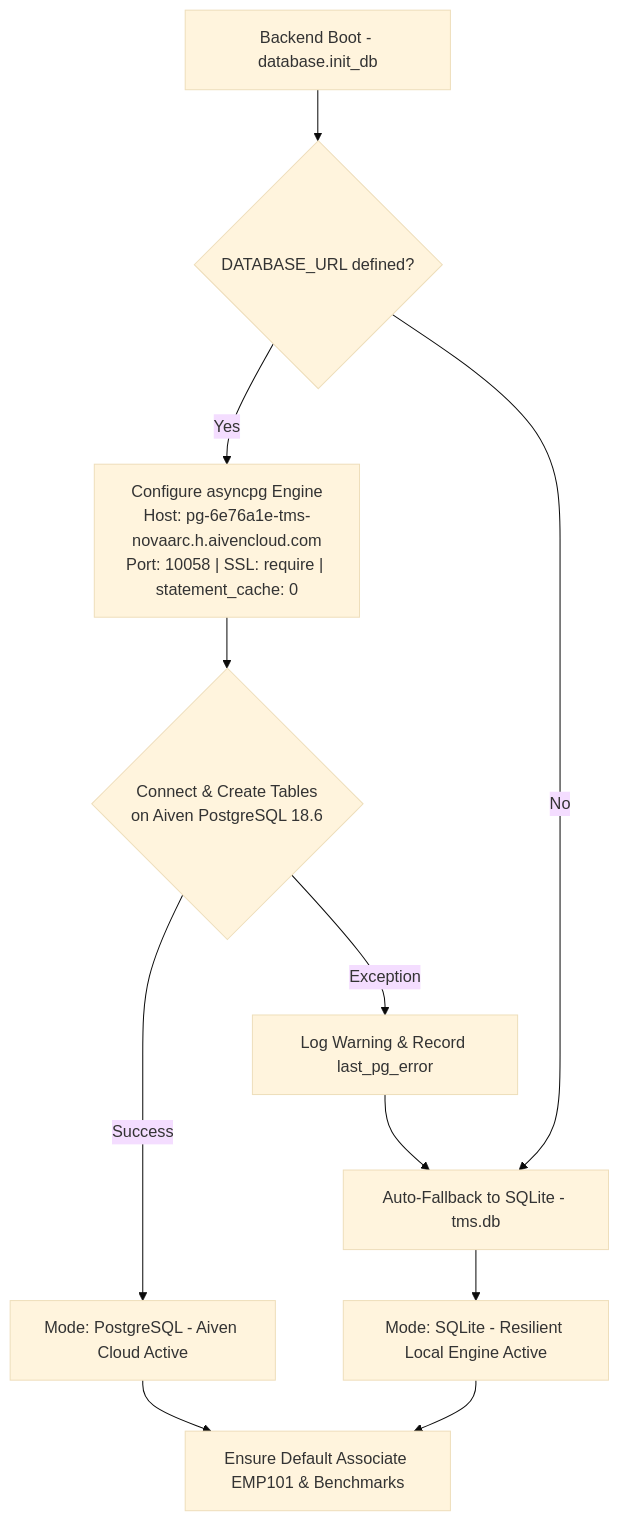
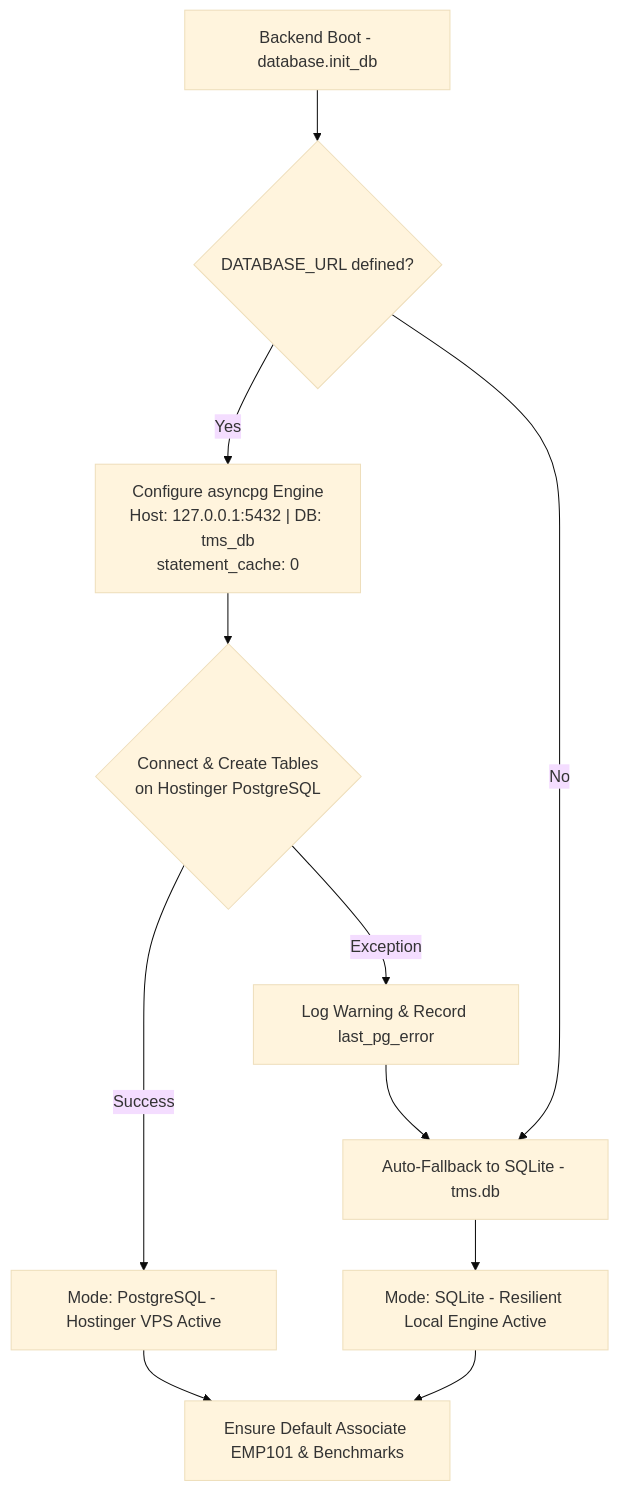
Before and after one commit to Gokul2004-ne/TMS: the fifth of 7 diagrams in ARCHITECTURE.md, drawn with Mermaid (base theme). The commit also changed other lines of this file and 25 other files, not shown here.

Commit message:
feat(migration): complete migration to Hostinger VPS and purge all Zoho Catalyst and Aiven references

````diff
--- a/ARCHITECTURE.md
+++ b/ARCHITECTURE.md
@@ -483,17 +483,17 @@
 ```mermaid
 flowchart TD
     Init["Backend Boot - database.init_db"] --> CheckURL{"DATABASE_URL defined?"}
 
-    CheckURL -- Yes --> ParseURL["Configure asyncpg Engine<br>Host: pg-6e76a1e-tms-novaarc.h.aivencloud.com<br>Port: 10058 | SSL: require | statement_cache: 0"]
-    ParseURL --> TestConn{"Connect & Create Tables<br>on Aiven PostgreSQL 18.6"}
+    CheckURL -- Yes --> ParseURL["Configure asyncpg Engine<br>Host: 127.0.0.1:5432 | DB: tms_db<br>statement_cache: 0"]
+    ParseURL --> TestConn{"Connect & Create Tables<br>on Hostinger PostgreSQL"}
 
-    TestConn -- Success --> PGMode["Mode: PostgreSQL - Aiven Cloud Active"]
+    TestConn -- Success --> PGMode["Mode: PostgreSQL - Hostinger VPS Active"]
     TestConn -- Exception --> LogWarn["Log Warning & Record last_pg_error"]
 
     CheckURL -- No --> FallbackSQLite
     LogWarn --> FallbackSQLite["Auto-Fallback to SQLite - tms.db"]
     FallbackSQLite --> SQLiteMode["Mode: SQLite - Resilient Local Engine Active"]
 
     PGMode --> ProvisionEmp["Ensure Default Associate EMP101 & Benchmarks"]
     SQLiteMode --> ProvisionEmp
 ```
````
